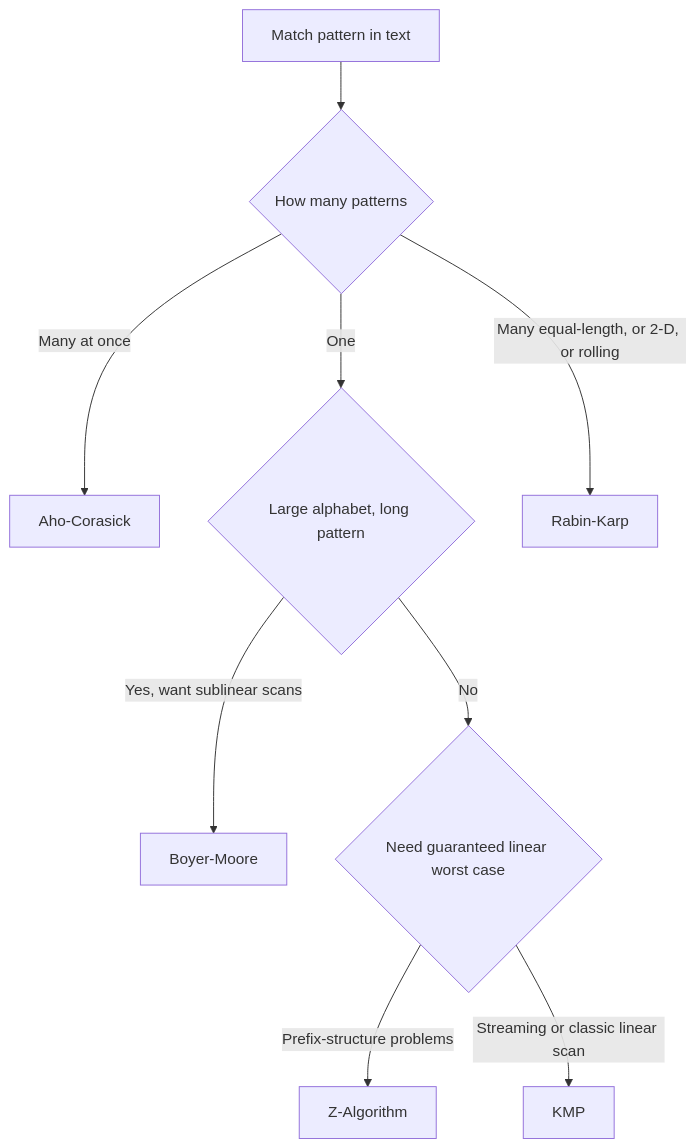
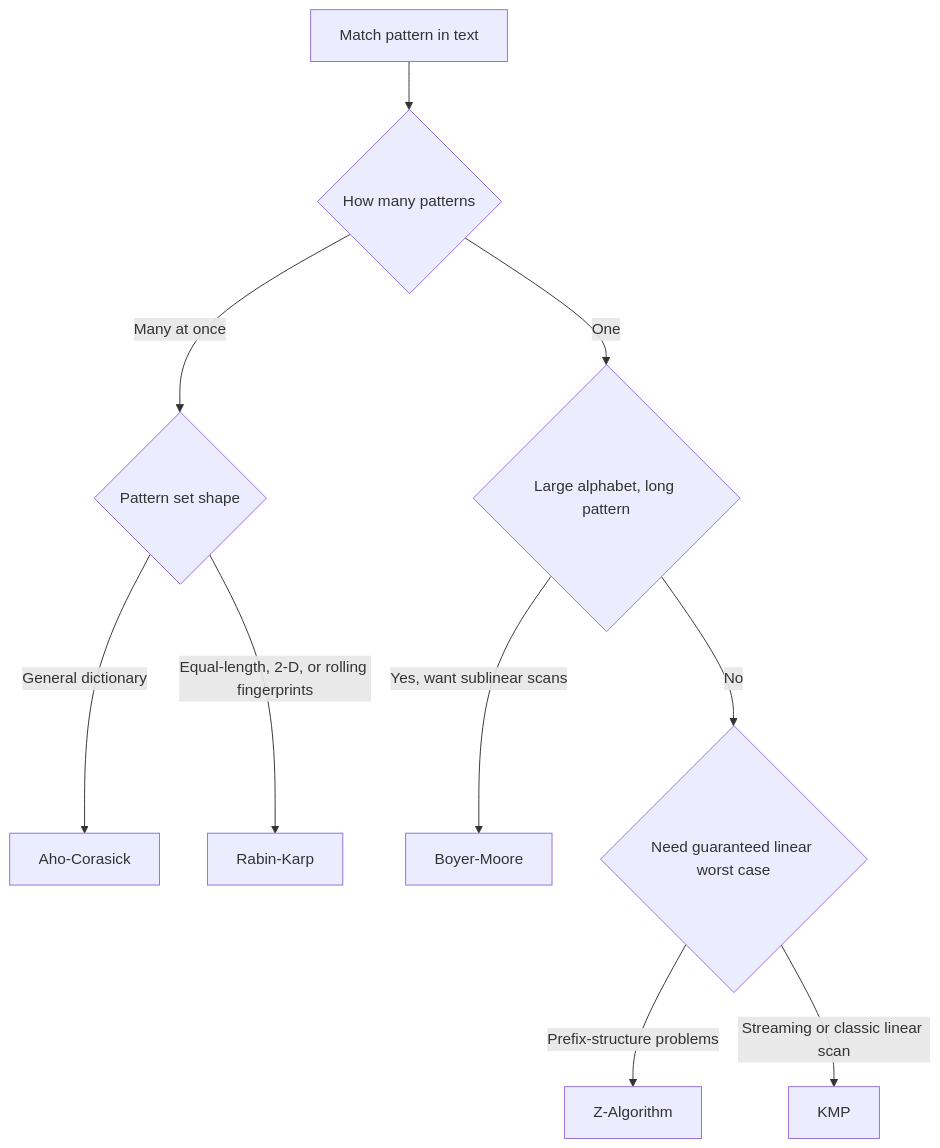
The diagram in Vault/Home/Computer Science/Algorithms/Search Algorithms/String Matching/String Matching.md (grafanaKibana/devbook.zip), drawn with Mermaid before and after one commit. The commit also changed other lines of this file and 122 other files, not shown here.

````diff
--- a/Vault/Home/Computer Science/Algorithms/Search Algorithms/String Matching/String Matching.md
+++ b/Vault/Home/Computer Science/Algorithms/Search Algorithms/String Matching/String Matching.md
@@ -26,11 +26,12 @@
 ```mermaid
 flowchart TD
   A[Match pattern in text] --> B{How many patterns}
-  B -->|Many at once| C[Aho-Corasick]
+  B -->|Many at once| C{Pattern set shape}
+  C -->|General dictionary| C1[Aho-Corasick]
+  C -->|Equal-length, 2-D, or rolling fingerprints| I[Rabin-Karp]
   B -->|One| D{Large alphabet, long pattern}
   D -->|Yes, want sublinear scans| E[Boyer-Moore]
   D -->|No| F{Need guaranteed linear worst case}
   F -->|Prefix-structure problems| G[Z-Algorithm]
   F -->|Streaming or classic linear scan| H[KMP]
-  B -->|Many equal-length, or 2-D, or rolling| I[Rabin-Karp]
 ```
````
